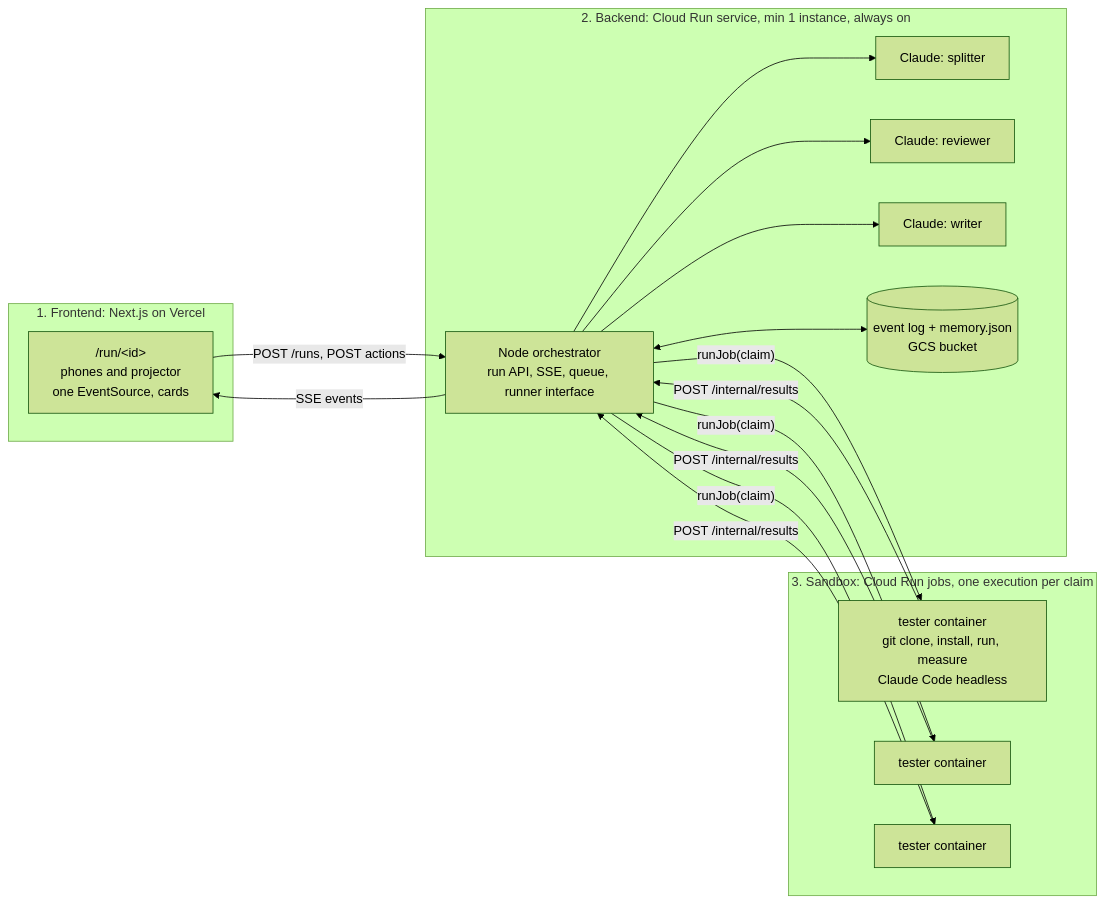
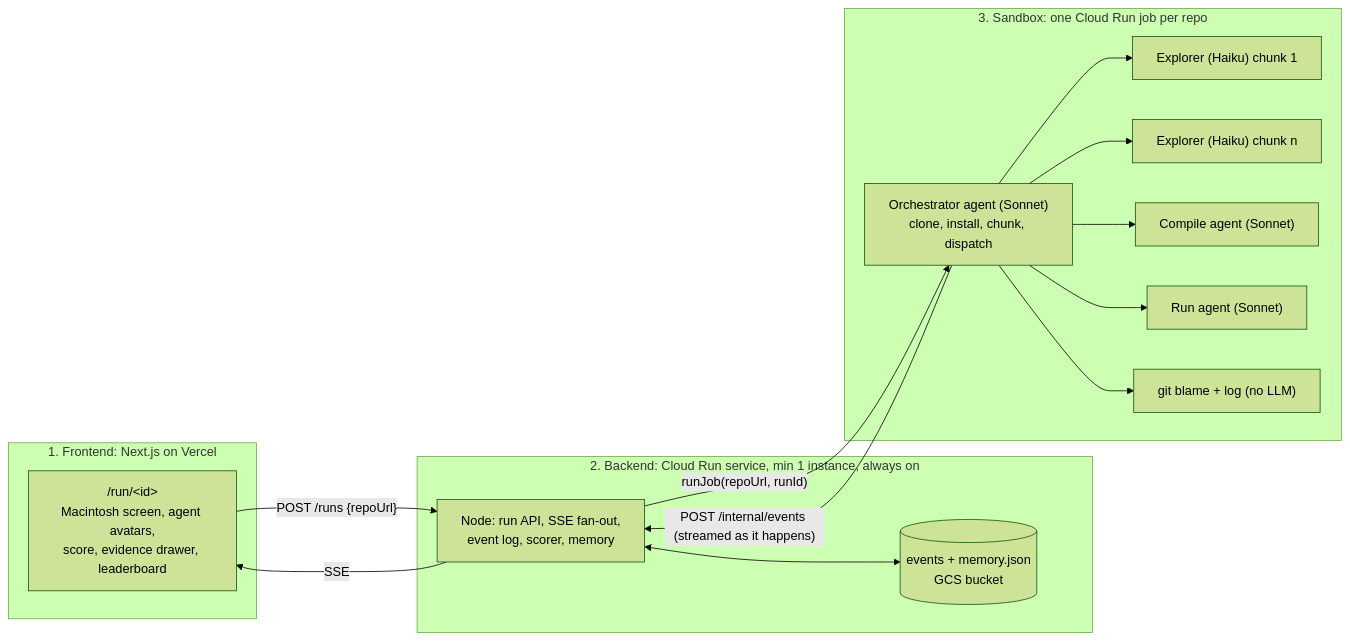
One commit to brgmry/moonfire-hackathon changed the diagram in PLAN.md. Above: the diagram before and after it, drawn with Mermaid (forest theme). The commit also changed other lines of this file, not shown here.

Commit message:
docs: plan the due-diligence scorer with chunked explorers and avatar ui

````diff
--- a/PLAN.md
+++ b/PLAN.md
@@ -17,30 +18,28 @@
 ```mermaid
 flowchart LR
   subgraph FE["1. Frontend: Next.js on Vercel"]
-    UI["/run/&lt;id&gt;<br/>phones and projector<br/>one EventSource, cards"]
+    UI["/run/&lt;id&gt;<br/>Macintosh screen, agent avatars,<br/>score, evidence drawer, leaderboard"]
   end
   subgraph BE["2. Backend: Cloud Run service, min 1 instance, always on"]
-    API["Node orchestrator<br/>run API, SSE, queue, runner interface"]
-    SPL["Claude: splitter"]
-    REV["Claude: reviewer"]
-    WRI["Claude: writer"]
-    MEM[("event log + memory.json<br/>GCS bucket")]
+    API["Node: run API, SSE fan-out,<br/>event log, scorer, memory"]
+    MEM[("events + memory.json<br/>GCS bucket")]
   end
-  subgraph SB["3. Sandbox: Cloud Run jobs, one execution per claim"]
-    J1["tester container<br/>git clone, install, run, measure<br/>Claude Code headless"]
-    J2["tester container"]
-    J3["tester container"]
+  subgraph SB["3. Sandbox: one Cloud Run job per repo"]
+    ORC["Orchestrator agent (Sonnet)<br/>clone, install, chunk, dispatch"]
+    EX1["Explorer (Haiku) chunk 1"]
+    EX2["Explorer (Haiku) chunk n"]
+    CMP["Compile agent (Sonnet)"]
+    RUN["Run agent (Sonnet)"]
+    GIT["git blame + log (no LLM)"]
   end
-  UI -- "POST /runs, POST actions" --> API
-  API -- "SSE events" --> UI
-  API --> SPL
-  API --> REV
-  API --> WRI
+  UI -- "POST /runs {repoUrl}" --> API
+  API -- "SSE" --> UI
   API <--> MEM
-  API -- "runJob(claim)" --> J1
-  API -- "runJob(claim)" --> J2
-  API -- "runJob(claim)" --> J3
-  J1 -- "POST /internal/results" --> API
-  J2 -- "POST /internal/results" --> API
-  J3 -- "POST /internal/results" --> API
+  API -- "runJob(repoUrl, runId)" --> ORC
+  ORC --> EX1
+  ORC --> EX2
+  ORC --> CMP
+  ORC --> RUN
+  ORC --> GIT
+  ORC -- "POST /internal/events (streamed as it happens)" --> API
 ```
````
